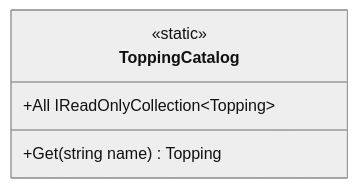
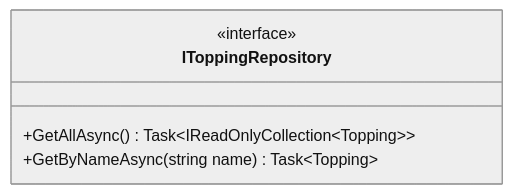
Before and after one commit to Timon-code95/PizzaShop: the ninth of 13 diagrams in docs/c4-model/04a-class-diagram-spiegazione.md, drawn with Mermaid (neutral theme). The commit also changed other lines of this file and 6 other files, not shown here.

````diff
--- a/docs/c4-model/04a-class-diagram-spiegazione.md
+++ b/docs/c4-model/04a-class-diagram-spiegazione.md
@@ -223,8 +298,8 @@
 ```mermaid
 classDiagram
-	class ToppingCatalog {
-		<<static>>
-		+All IReadOnlyCollection~Topping~
-		+Get(string name) Topping
+	class IToppingRepository {
+		<<interface>>
+		+GetAllAsync() Task~IReadOnlyCollection~Topping~~
+		+GetByNameAsync(string name) Task~Topping~
 	}
 ```
````
